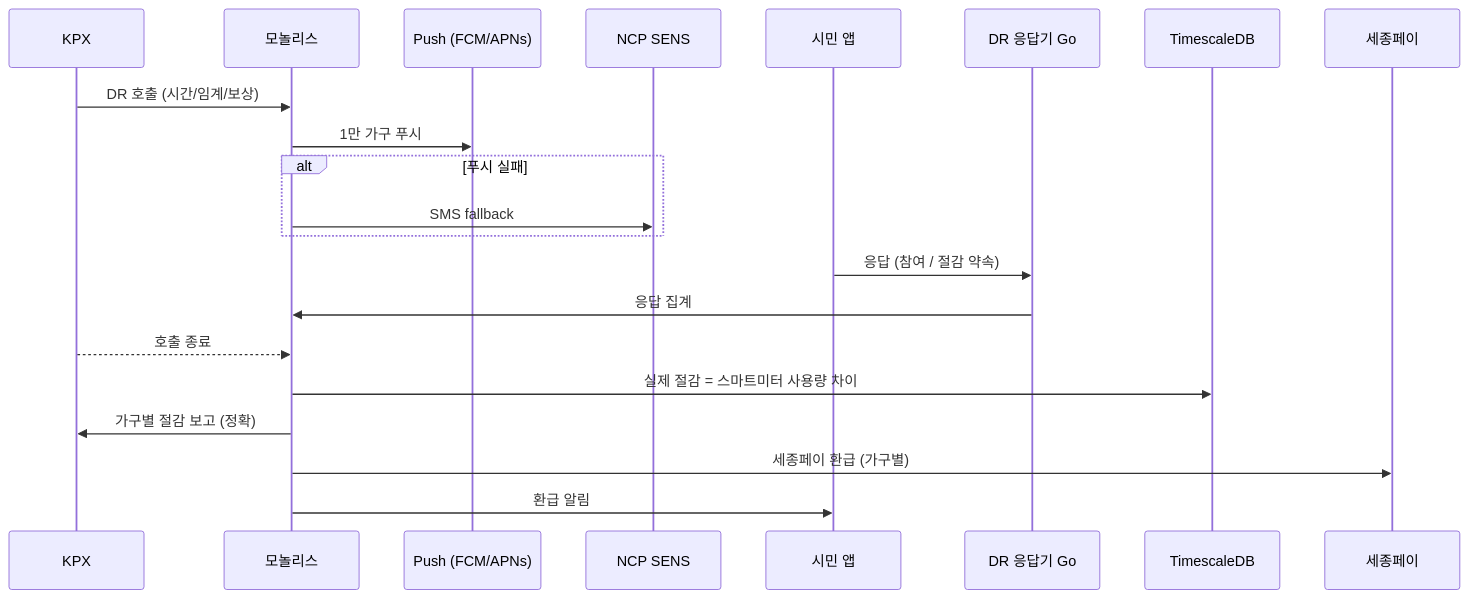
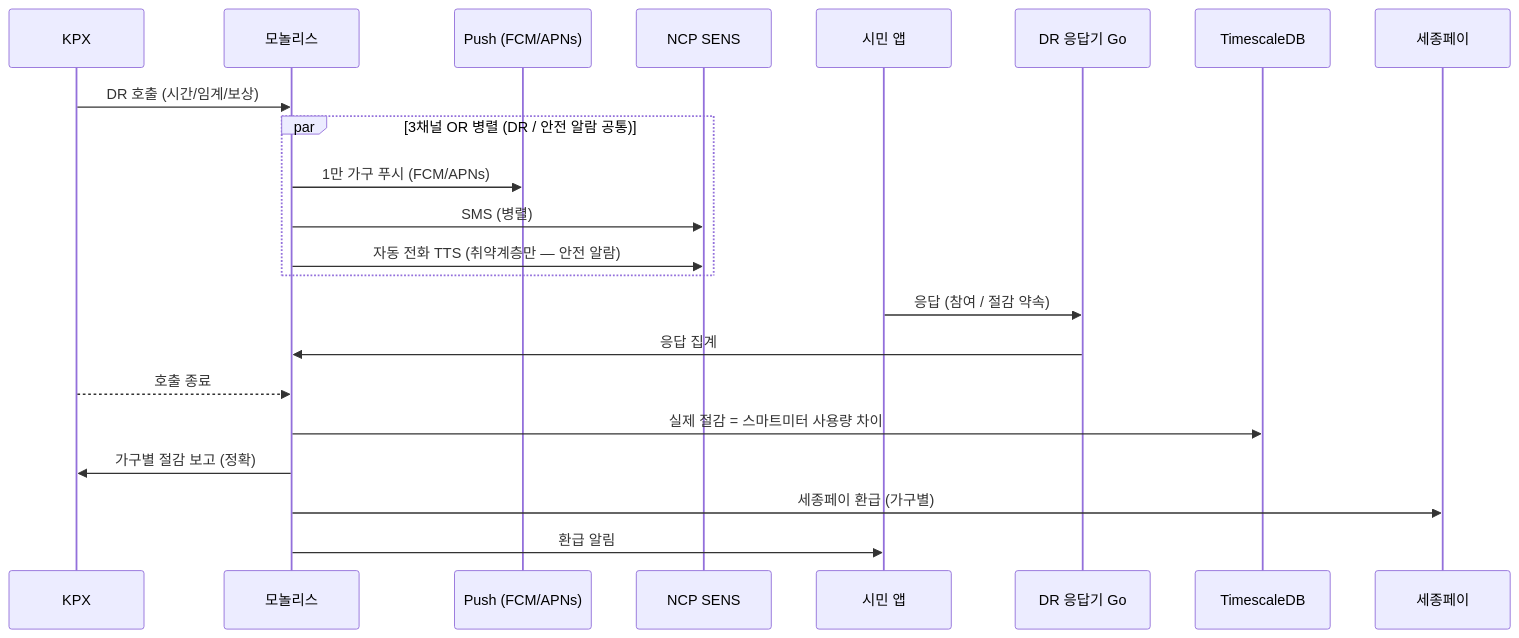
Before and after one commit to ximhear/architect-book: the third of 3 diagrams in manuscript-2-energy/08-종합-케이스-스터디/README.md, drawn with Mermaid. The commit also changed other lines of this file and 14 other files, not shown here.

````diff
--- a/manuscript-2-energy/08-종합-케이스-스터디/README.md
+++ b/manuscript-2-energy/08-종합-케이스-스터디/README.md
@@ -165,24 +203,25 @@
 ```mermaid
 sequenceDiagram
     participant KPX as KPX
     participant Mono as 모놀리스
     participant Push as Push (FCM/APNs)
     participant SENS as NCP SENS
     participant App as 시민 앱
     participant DR as DR 응답기 Go
     participant TS as TimescaleDB
     participant Pay as 세종페이
 
     KPX->>Mono: DR 호출 (시간/임계/보상)
-    Mono->>Push: 1만 가구 푸시
-    alt 푸시 실패
-        Mono->>SENS: SMS fallback
+    par 3채널 OR 병렬 (DR / 안전 알람 공통)
+        Mono->>Push: 1만 가구 푸시 (FCM/APNs)
+        Mono->>SENS: SMS (병렬)
+        Mono->>SENS: 자동 전화 TTS (취약계층만 — 안전 알람)
     end
     App->>DR: 응답 (참여 / 절감 약속)
     DR->>Mono: 응답 집계
     KPX-->>Mono: 호출 종료
     Mono->>TS: 실제 절감 = 스마트미터 사용량 차이
     Mono->>KPX: 가구별 절감 보고 (정확)
     Mono->>Pay: 세종페이 환급 (가구별)
     Mono->>App: 환급 알림
 ```
````
